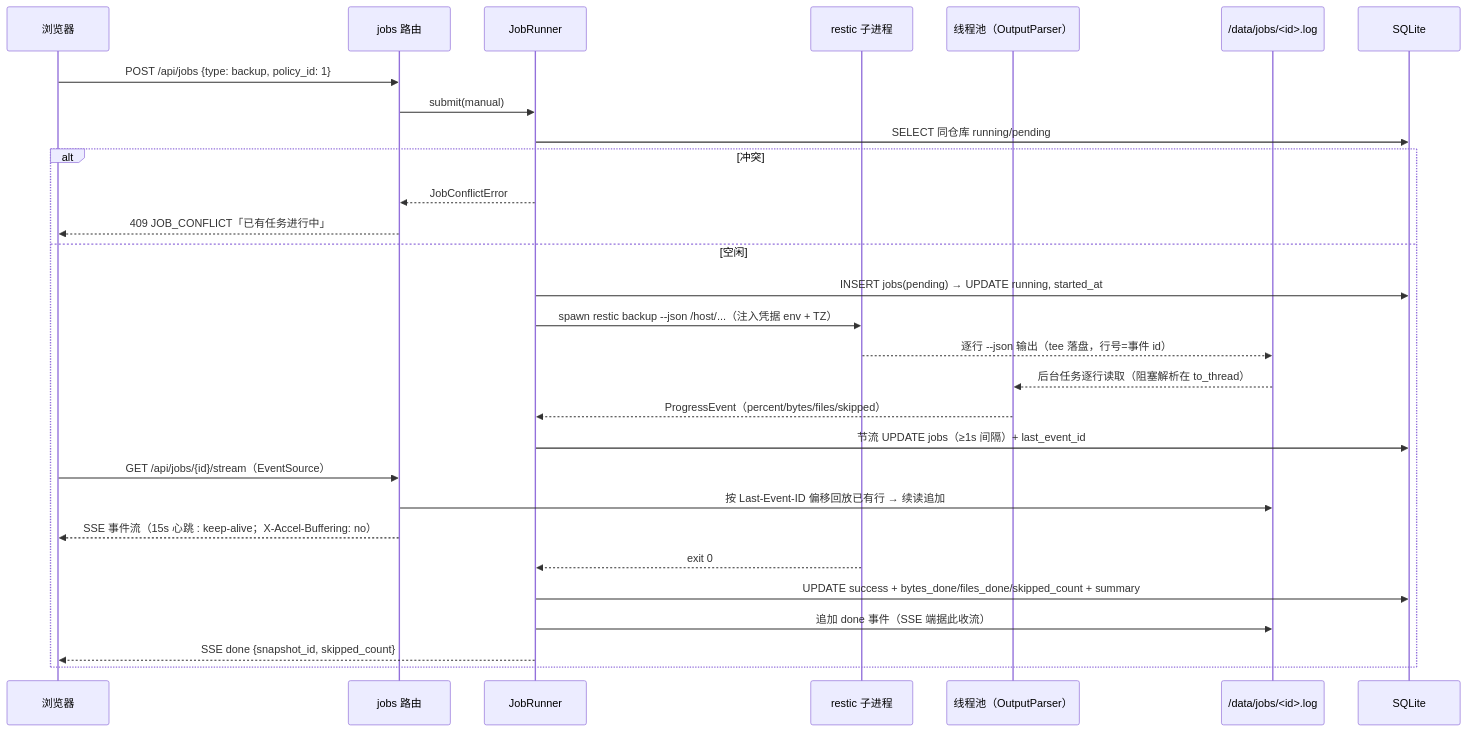
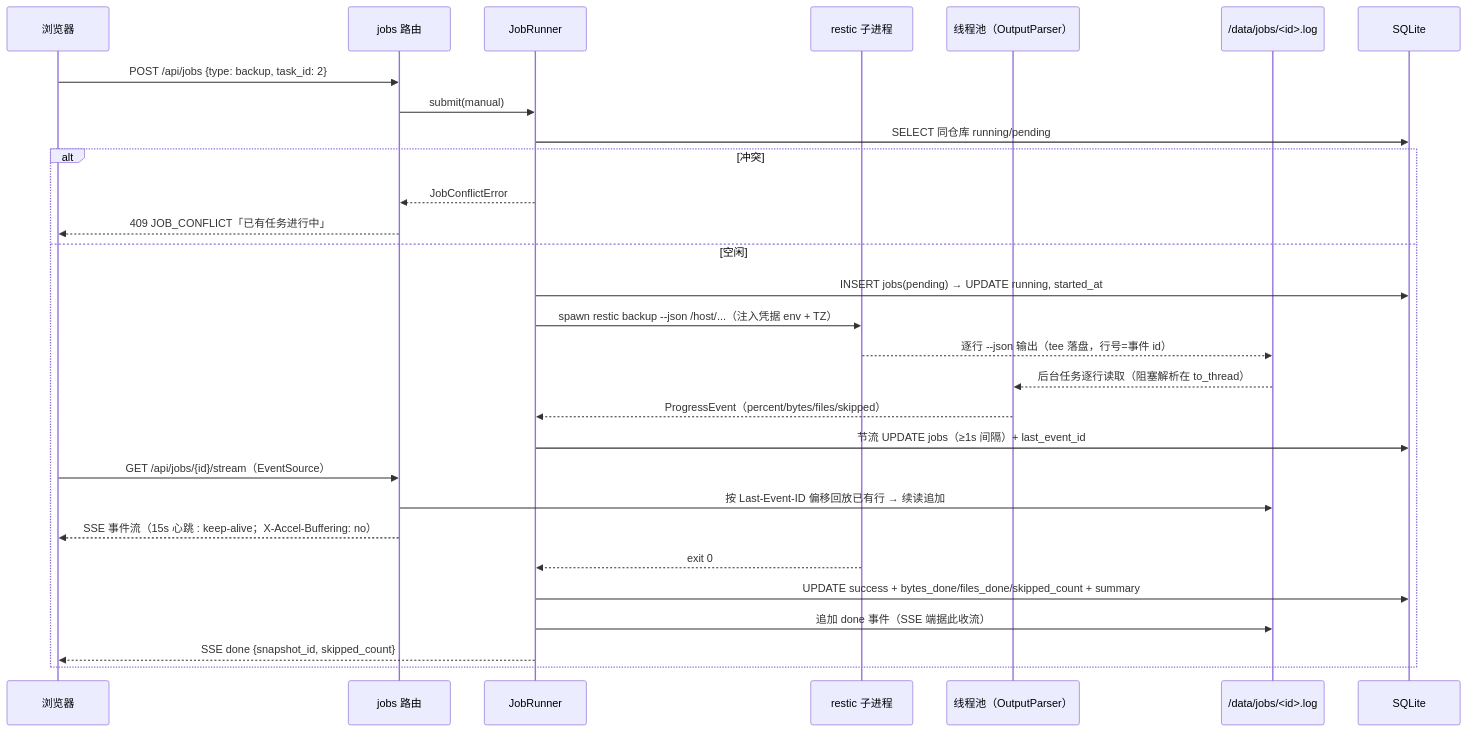
The fourth of 11 diagrams in web版/docs/架构设计文档.md (dolphin738/restic-docker-backup), drawn with Mermaid before and after one commit. The commit also changed other lines of this file, not shown here.

````diff
--- a/web版/docs/架构设计文档.md
+++ b/web版/docs/架构设计文档.md
@@ -765,32 +748,32 @@
 ```mermaid
 sequenceDiagram
     participant B as 浏览器
     participant RT as jobs 路由
     participant JR as JobRunner
     participant RE as restic 子进程
     participant TP as 线程池（OutputParser）
     participant LF as /data/jobs/<id>.log
     participant DB as SQLite
 
-    B->>RT: POST /api/jobs {type: backup, policy_id: 1}
+    B->>RT: POST /api/jobs {type: backup, task_id: 2}
     RT->>JR: submit(manual)
     JR->>DB: SELECT 同仓库 running/pending
     alt 冲突
         JR-->>RT: JobConflictError
         RT-->>B: 409 JOB_CONFLICT「已有任务进行中」
     else 空闲
         JR->>DB: INSERT jobs(pending) → UPDATE running, started_at
         JR->>RE: spawn restic backup --json /host/...（注入凭据 env + TZ）
         RE-->>LF: 逐行 --json 输出（tee 落盘，行号=事件 id）
         LF-->>TP: 后台任务逐行读取（阻塞解析在 to_thread）
         TP-->>JR: ProgressEvent（percent/bytes/files/skipped）
         JR->>DB: 节流 UPDATE jobs（≥1s 间隔）+ last_event_id
         B->>RT: GET /api/jobs/{id}/stream（EventSource）
         RT->>LF: 按 Last-Event-ID 偏移回放已有行 → 续读追加
         RT-->>B: SSE 事件流（15s 心跳 : keep-alive；X-Accel-Buffering: no）
         RE-->>JR: exit 0
         JR->>DB: UPDATE success + bytes_done/files_done/skipped_count + summary
         JR->>LF: 追加 done 事件（SSE 端据此收流）
         JR-->>B: SSE done {snapshot_id, skipped_count}
     end
 ```
````
